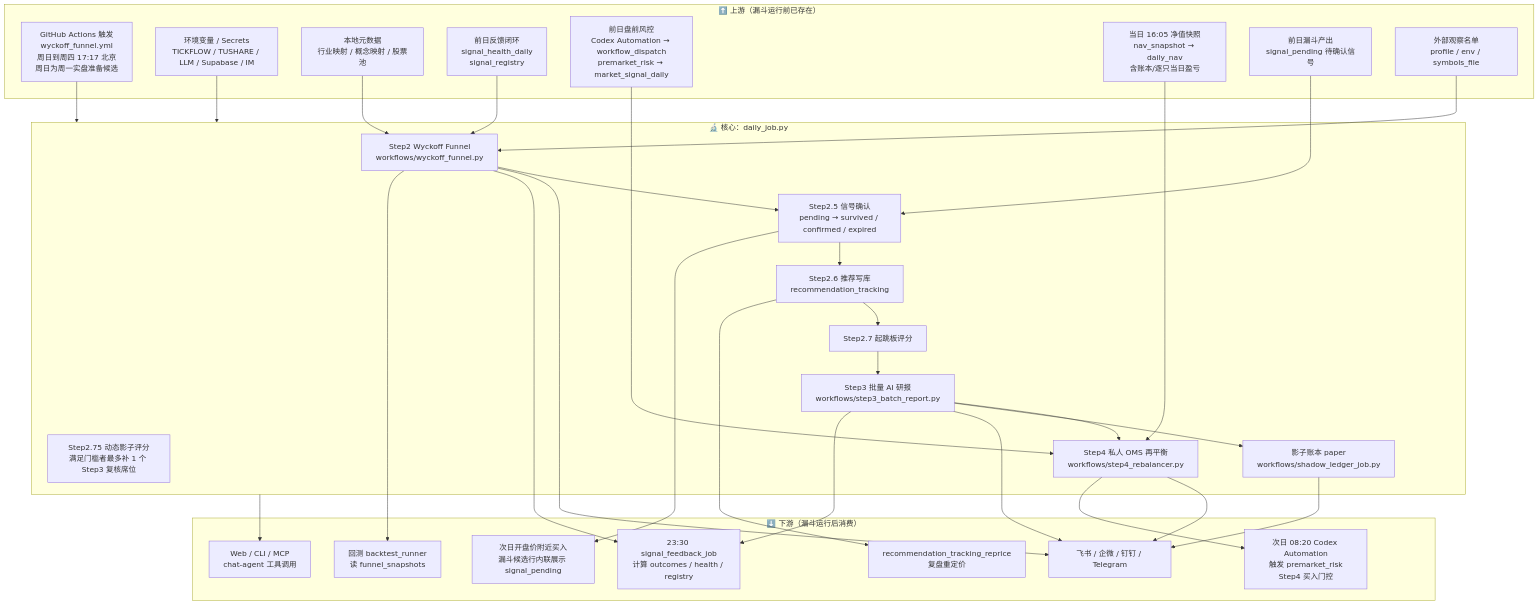
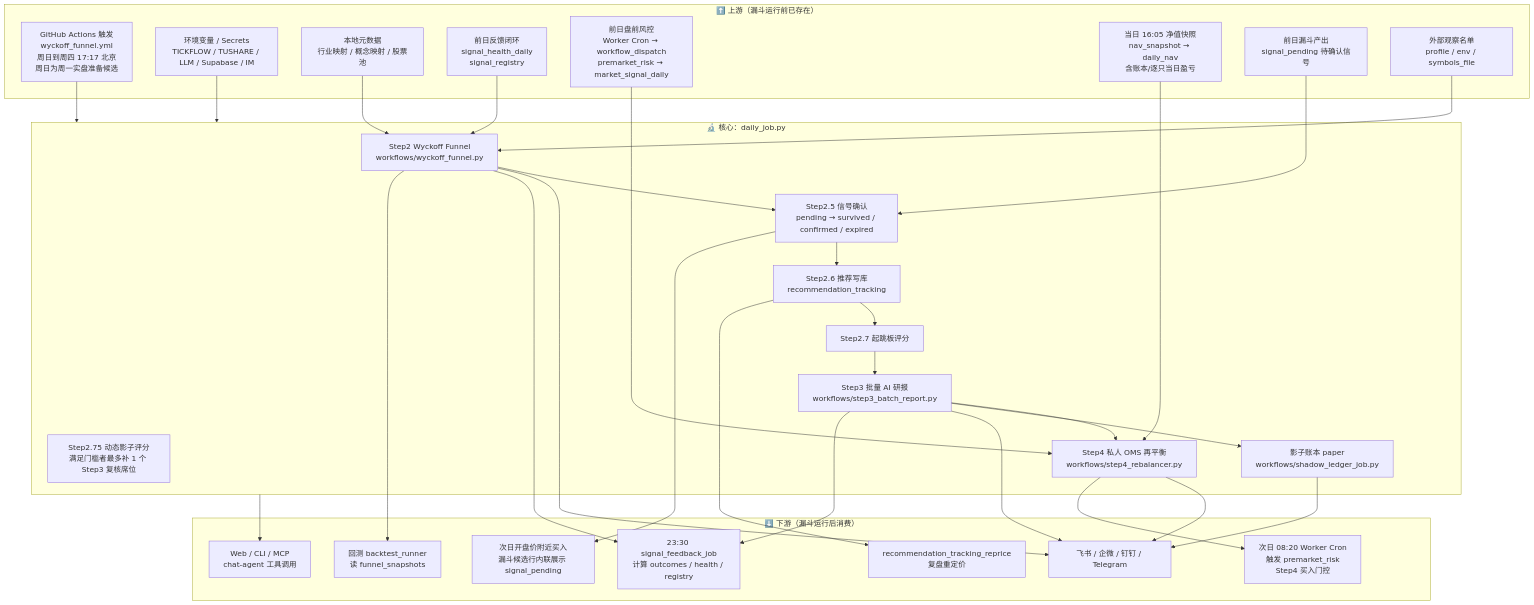
The first of 7 diagrams in docs/A_SHARE_FUNNEL_FLOW.md (Akariayumu/WyckoffTradingAgent), drawn with Mermaid before and after one commit. The commit also changed other lines of this file and 32 other files, not shown here.

Commit message:
feat: dispatch scheduled workflows from Worker cron

````diff
--- a/docs/A_SHARE_FUNNEL_FLOW.md
+++ b/docs/A_SHARE_FUNNEL_FLOW.md
@@ -12,59 +12,59 @@
 ```mermaid
 flowchart TB
     subgraph UPSTREAM["⬆️ 上游（漏斗运行前已存在）"]
         U1["GitHub Actions 触发<br/>wyckoff_funnel.yml<br/>周日到周四 17:17 北京<br/>周日为周一实盘准备候选"]
         U2["环境变量 / Secrets<br/>TICKFLOW / TUSHARE / LLM / Supabase / IM"]
         U3["本地元数据<br/>行业映射 / 概念映射 / 股票池"]
         U4["前日反馈闭环<br/>signal_health_daily<br/>signal_registry"]
-        U5["前日盘前风控<br/>Codex Automation → workflow_dispatch<br/>premarket_risk → market_signal_daily"]
+        U5["前日盘前风控<br/>Worker Cron → workflow_dispatch<br/>premarket_risk → market_signal_daily"]
         U8["当日 16:05 净值快照<br/>nav_snapshot → daily_nav<br/>含账本/逐只当日盈亏"]
         U6["前日漏斗产出<br/>signal_pending 待确认信号"]
         U7["外部观察名单<br/>profile / env / symbols_file"]
     end
 
     subgraph CORE["🔬 核心：daily_job.py"]
         S2["Step2 Wyckoff Funnel<br/>workflows/wyckoff_funnel.py"]
         S25["Step2.5 信号确认<br/>pending → survived / confirmed / expired"]
         S26["Step2.6 推荐写库<br/>recommendation_tracking"]
         S27["Step2.7 起跳板评分"]
         S275["Step2.75 动态影子评分<br/>满足门槛者最多补 1 个 Step3 复核席位"]
         S3["Step3 批量 AI 研报<br/>workflows/step3_batch_report.py"]
         S4["Step4 私人 OMS 再平衡<br/>workflows/step4_rebalancer.py"]
         SH["影子账本 paper<br/>workflows/shadow_ledger_job.py"]
     end
 
     subgraph DOWNSTREAM["⬇️ 下游（漏斗运行后消费）"]
         D1["23:30 signal_feedback_job<br/>计算 outcomes / health / registry"]
-        D2["次日 08:20 Codex Automation<br/>触发 premarket_risk<br/>Step4 买入门控"]
+        D2["次日 08:20 Worker Cron<br/>触发 premarket_risk<br/>Step4 买入门控"]
         D3["次日开盘价附近买入<br/>漏斗候选行内联展示 signal_pending"]
         D4["Web / CLI / MCP<br/>chat-agent 工具调用"]
         D5["回测 backtest_runner<br/>读 funnel_snapshots"]
         D6["recommendation_tracking_reprice<br/>复盘重定价"]
         D7["飞书 / 企微 / 钉钉 / Telegram"]
     end
 
     U1 --> CORE
     U2 --> CORE
     U3 --> S2
     U4 --> S2
     U5 --> S4
     U6 --> S25
     U7 --> S2
     U8 --> S4
 
     S2 --> S25 --> S26 --> S27 --> S3 --> S4
     S3 --> SH
 
     S2 --> D7
     S3 --> D7
     S4 --> D7
     SH --> D7
 
     S2 --> D1
     S3 --> D1
     S4 --> D2
     S25 --> D3
     S26 --> D6
     S2 --> D5
     CORE --> D4
 ```
````
